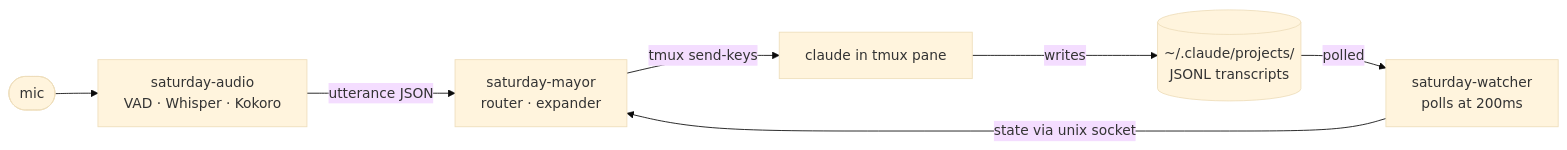
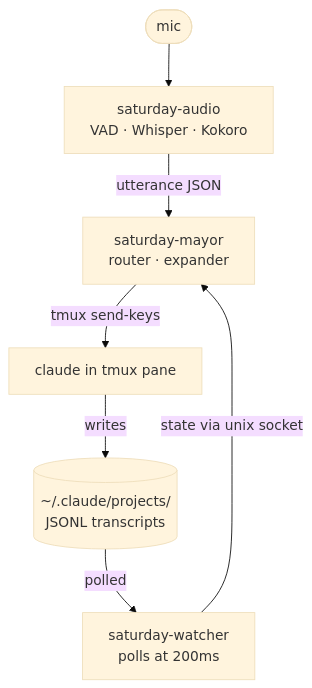
The diagram in README.md (justinstimatze/saturday), drawn with Mermaid (base theme) before and after one commit.

Commit message:
README: mermaid TB layout (vertical, easier to read on GitHub)

````diff
--- a/README.md
+++ b/README.md
@@ -16,16 +16,16 @@
 ```mermaid
-flowchart LR
+flowchart TB
     mic([mic])
     audio[saturday-audio<br/>VAD · Whisper · Kokoro]
     mayor[saturday-mayor<br/>router · expander]
     claude[claude in tmux pane]
     jsonl[(~/.claude/projects/<br/>JSONL transcripts)]
     watcher[saturday-watcher<br/>polls at 200ms]
 
     mic --> audio
     audio -->|utterance JSON| mayor
     mayor -->|tmux send-keys| claude
     claude -->|writes| jsonl
     jsonl -->|polled| watcher
     watcher -->|state via unix socket| mayor
 ```
````
